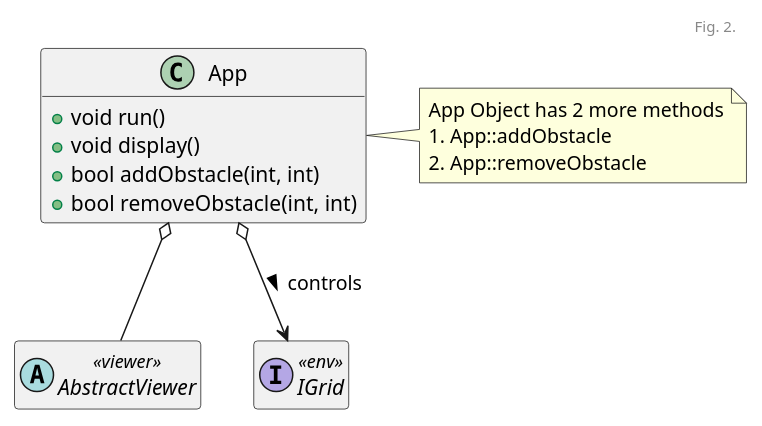
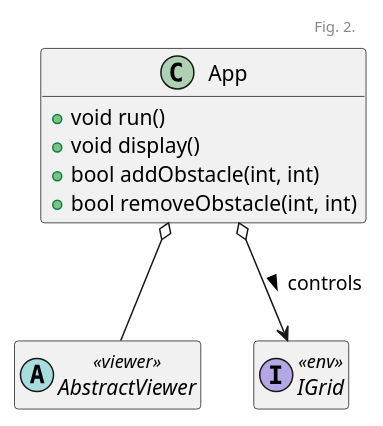
Before and after one commit to kanmeugne/kanmeugne.github.io: the second of 4 diagrams in _posts/modsim/2020-10-04-2d-grid-obstacles.md, drawn with PlantUML. The commit also changed other lines of this file and 9 other files, not shown here.

Commit message:
add differents pics + add native uml graph

````diff
--- a/_posts/modsim/2020-10-04-2d-grid-obstacles.md
+++ b/_posts/modsim/2020-10-04-2d-grid-obstacles.md
@@ -84,22 +84,22 @@
 ```plantuml
 @startuml
 header Fig. 2.
 class App 
 {
     + void run()
     + void display()
     + bool addObstacle(int, int)
     + bool removeObstacle(int, int)
 }
-note right
-    App Object has 2 more methods
-    1. App::addObstacle
-    2. App::removeObstacle
-end note
+' note right
+'     App Object has 2 more methods
+'     1. App::addObstacle
+'     2. App::removeObstacle
+' end note
 abstract AbstractViewer <<viewer>>
 interface IGrid <<env>>
 App o-- AbstractViewer
 App o--> IGrid: controls > 
 hide empty members
 @enduml
 ```
````
